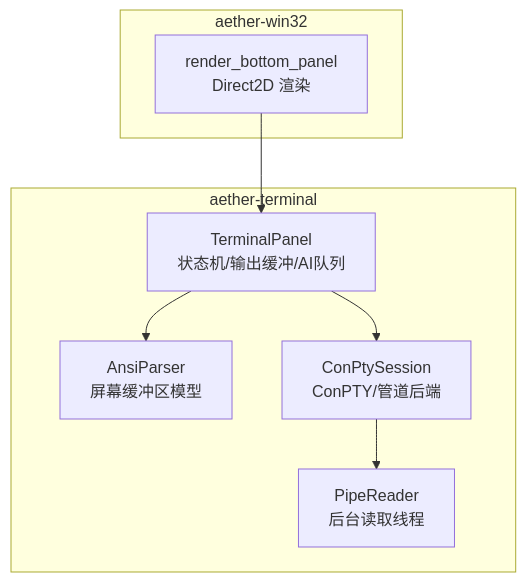
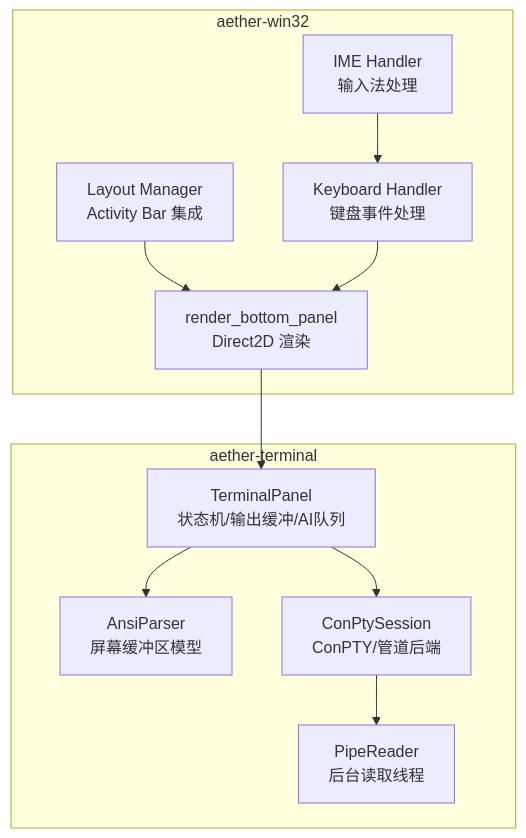
One commit to aetherstudio-cn/AetherStudio changed the first of 6 diagrams in .qoder/repowiki/zh/content/核心组件/终端仿真器.md. Above: the diagram before and after it, drawn with Mermaid. The commit also changed other lines of this file and 7 other files, not shown here.

````diff
--- a/.qoder/repowiki/zh/content/核心组件/终端仿真器.md
+++ b/.qoder/repowiki/zh/content/核心组件/终端仿真器.md
@@ -33,16 +46,22 @@
 ```mermaid
 graph TB
 subgraph "aether-terminal"
 T["TerminalPanel<br/>状态机/输出缓冲/AI队列"]
 A["AnsiParser<br/>屏幕缓冲区模型"]
 C["ConPtySession<br/>ConPTY/管道后端"]
 R["PipeReader<br/>后台读取线程"]
 end
 subgraph "aether-win32"
 U["render_bottom_panel<br/>Direct2D 渲染"]
+L["Layout Manager<br/>Activity Bar 集成"]
+I["IME Handler<br/>输入法处理"]
+K["Keyboard Handler<br/>键盘事件处理"]
 end
 U --> T
 T --> C
 C --> R
 T --> A
+L --> U
+I --> K
+K --> U
 ```
````
